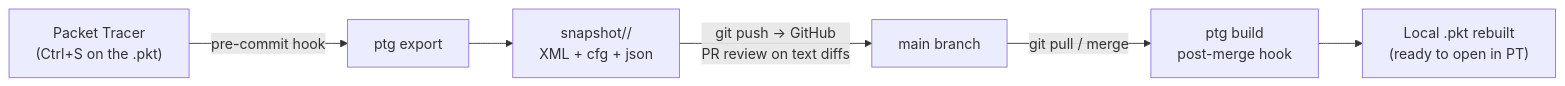
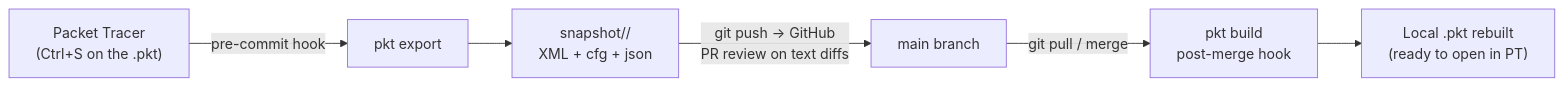
The diagram in docs/architecture.md (MarkOne-dev/pkt-git), drawn with Mermaid before and after one commit. The commit also changed other lines of this file and 11 other files, not shown here.

Commit message:
feat(cli): rename command to pkt (ptg kept as legacy alias)

````diff
--- a/docs/architecture.md
+++ b/docs/architecture.md
@@ -66,8 +66,8 @@
 ```mermaid
 flowchart LR
-    PT["Packet Tracer\n(Ctrl+S on the .pkt)"] -->|pre-commit hook| EXP["ptg export"]
+    PT["Packet Tracer\n(Ctrl+S on the .pkt)"] -->|pre-commit hook| EXP["pkt export"]
     EXP --> SNAP["snapshot/<Project>/\nXML + cfg + json"]
     SNAP -->|"git push → GitHub\nPR review on text diffs"| MAIN["main branch"]
-    MAIN -->|"git pull / merge"| BLD["ptg build\npost-merge hook"]
+    MAIN -->|"git pull / merge"| BLD["pkt build\npost-merge hook"]
     BLD --> PT2["Local .pkt rebuilt\n(ready to open in PT)"]
 ```
````
